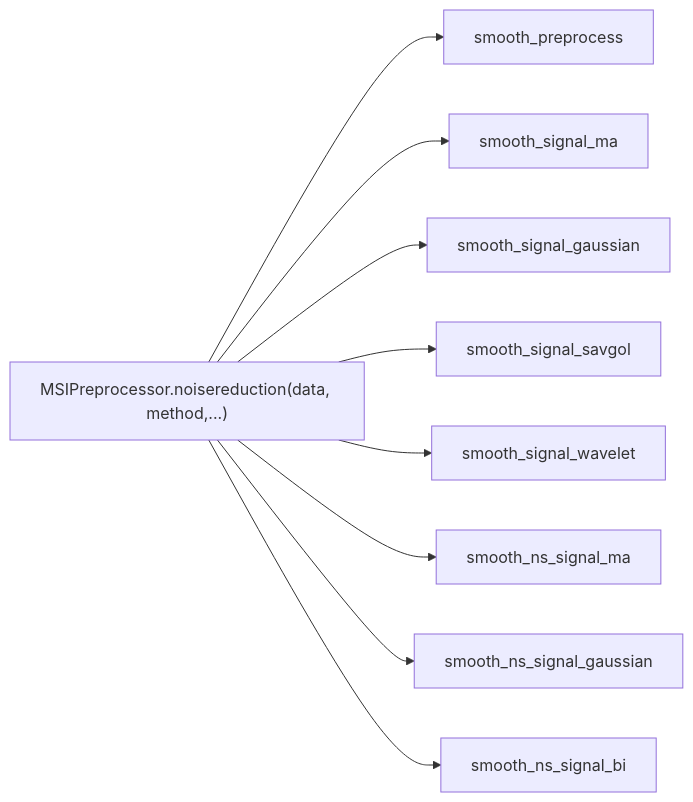
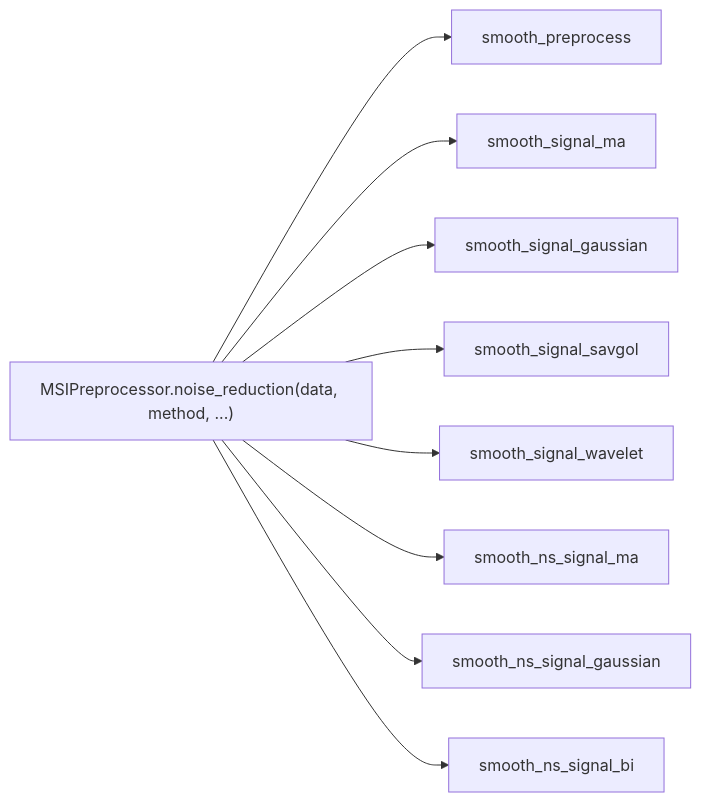
Before and after one commit to NeoNexusX/MassFlow: the diagram in docs/en/noise_reduction.md, drawn with Mermaid. The commit also changed other lines of this file and 19 other files, not shown here.

````diff
--- a/docs/en/noise_reduction.md
+++ b/docs/en/noise_reduction.md
@@ -19,11 +19,11 @@
 ```mermaid
 graph LR
-  A["MSIPreprocessor.noisereduction(data, method,...)"] --> P[smooth_preprocess]
+  A["MSIPreprocessor.noise_reduction(data, method, ...)"] --> P[smooth_preprocess]
   A --> MA[smooth_signal_ma]
   A --> G[smooth_signal_gaussian]
   A --> SG[smooth_signal_savgol]
   A --> WT[smooth_signal_wavelet]
   A --> MA_NS[smooth_ns_signal_ma]
   A --> G_NS[smooth_ns_signal_gaussian]
   A --> BI_NS[smooth_ns_signal_bi]
 ```
````
